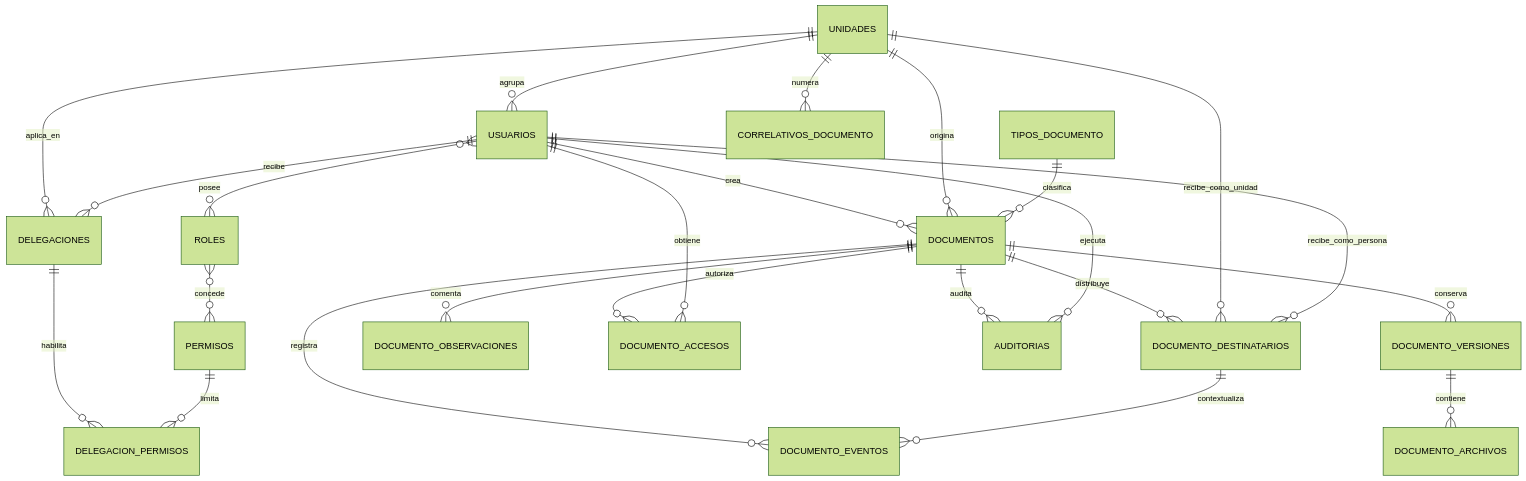
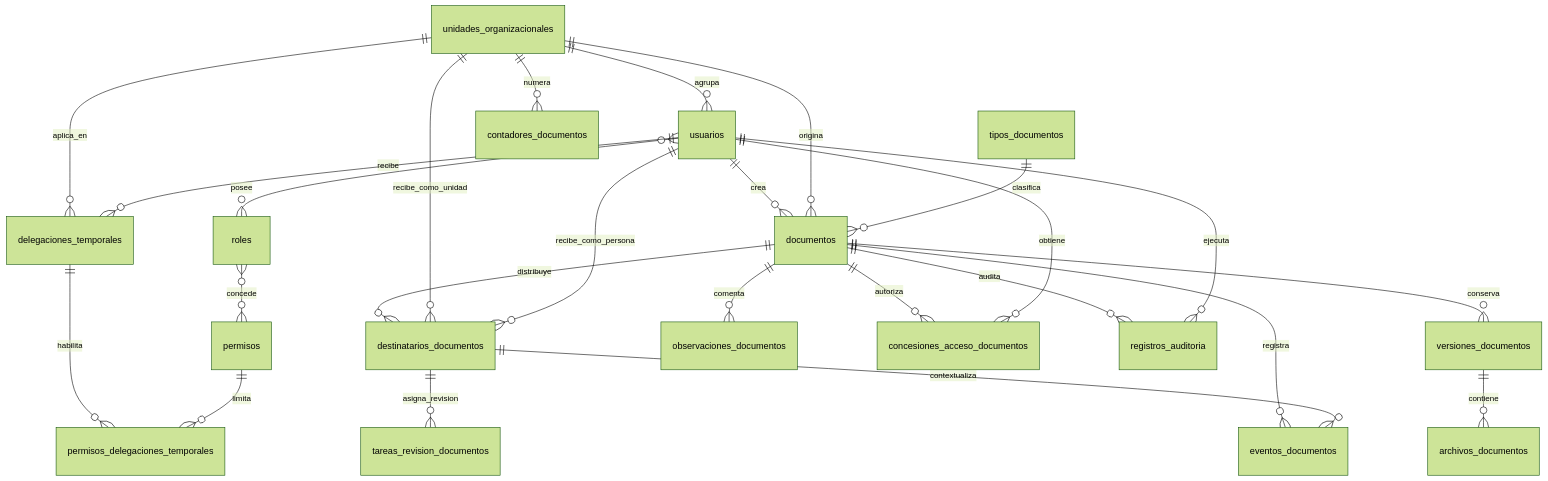
The diagram in docs/arquitectura/MODELO_DATOS.md (Isrrael-Sirpa/sistema-teletrabajo), drawn with Mermaid (forest theme) before and after one commit. The commit also changed other lines of this file and 114 other files, not shown here.

````diff
--- a/docs/arquitectura/MODELO_DATOS.md
+++ b/docs/arquitectura/MODELO_DATOS.md
@@ -7,26 +11,27 @@
 ```mermaid
 erDiagram
-    UNIDADES ||--o{ USUARIOS : agrupa
-    USUARIOS }o--o{ ROLES : posee
-    ROLES }o--o{ PERMISOS : concede
-    UNIDADES ||--o{ DELEGACIONES : aplica_en
-    USUARIOS ||--o{ DELEGACIONES : recibe
-    DELEGACIONES ||--o{ DELEGACION_PERMISOS : habilita
-    PERMISOS ||--o{ DELEGACION_PERMISOS : limita
-    USUARIOS ||--o{ DOCUMENTOS : crea
-    UNIDADES ||--o{ DOCUMENTOS : origina
-    TIPOS_DOCUMENTO ||--o{ DOCUMENTOS : clasifica
-    DOCUMENTOS ||--o{ DOCUMENTO_DESTINATARIOS : distribuye
-    UNIDADES ||--o{ DOCUMENTO_DESTINATARIOS : recibe_como_unidad
-    USUARIOS ||--o{ DOCUMENTO_DESTINATARIOS : recibe_como_persona
-    DOCUMENTOS ||--o{ DOCUMENTO_VERSIONES : conserva
-    DOCUMENTO_VERSIONES ||--o{ DOCUMENTO_ARCHIVOS : contiene
-    DOCUMENTOS ||--o{ DOCUMENTO_EVENTOS : registra
-    DOCUMENTO_DESTINATARIOS ||--o{ DOCUMENTO_EVENTOS : contextualiza
-    DOCUMENTOS ||--o{ DOCUMENTO_OBSERVACIONES : comenta
-    DOCUMENTOS ||--o{ DOCUMENTO_ACCESOS : autoriza
-    USUARIOS ||--o{ DOCUMENTO_ACCESOS : obtiene
-    DOCUMENTOS ||--o{ AUDITORIAS : audita
-    USUARIOS ||--o{ AUDITORIAS : ejecuta
-    UNIDADES ||--o{ CORRELATIVOS_DOCUMENTO : numera
+    unidades_organizacionales ||--o{ usuarios : agrupa
+    usuarios }o--o{ roles : posee
+    roles }o--o{ permisos : concede
+    unidades_organizacionales ||--o{ delegaciones_temporales : aplica_en
+    usuarios ||--o{ delegaciones_temporales : recibe
+    delegaciones_temporales ||--o{ permisos_delegaciones_temporales : habilita
+    permisos ||--o{ permisos_delegaciones_temporales : limita
+    usuarios ||--o{ documentos : crea
+    unidades_organizacionales ||--o{ documentos : origina
+    tipos_documentos ||--o{ documentos : clasifica
+    documentos ||--o{ destinatarios_documentos : distribuye
+    unidades_organizacionales ||--o{ destinatarios_documentos : recibe_como_unidad
+    usuarios ||--o{ destinatarios_documentos : recibe_como_persona
+    destinatarios_documentos ||--o{ tareas_revision_documentos : asigna_revision
+    documentos ||--o{ versiones_documentos : conserva
+    versiones_documentos ||--o{ archivos_documentos : contiene
+    documentos ||--o{ eventos_documentos : registra
+    destinatarios_documentos ||--o{ eventos_documentos : contextualiza
+    documentos ||--o{ observaciones_documentos : comenta
+    documentos ||--o{ concesiones_acceso_documentos : autoriza
+    usuarios ||--o{ concesiones_acceso_documentos : obtiene
+    documentos ||--o{ registros_auditoria : audita
+    usuarios ||--o{ registros_auditoria : ejecuta
+    unidades_organizacionales ||--o{ contadores_documentos : numera
 ```
````
